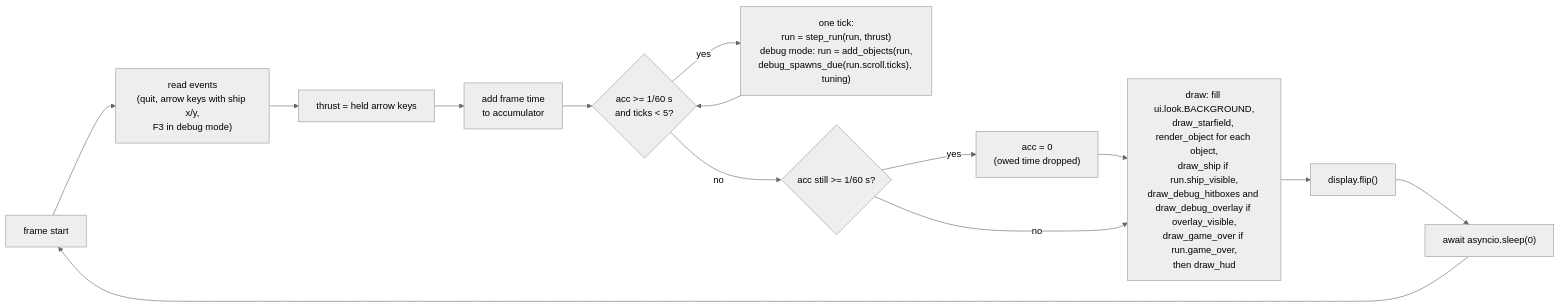
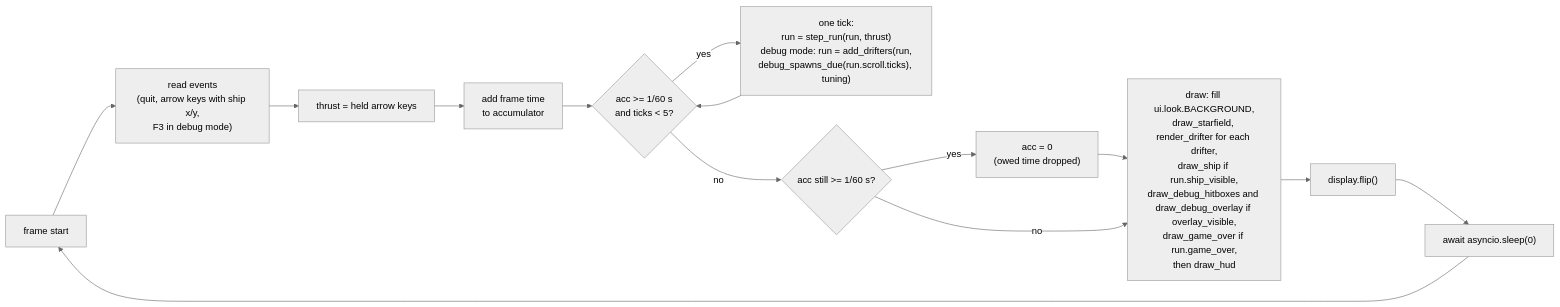
Before and after one commit to david-mntl/driftward-ace: the third of 3 diagrams in docs/contracts/systems/app.md, drawn with Mermaid (neutral theme). The commit also changed other lines of this file and 68 other files, not shown here.

First line of the commit message:
refactor: rename objects to drifters across code, contracts and GDD

````diff
--- a/docs/contracts/systems/app.md
+++ b/docs/contracts/systems/app.md
@@ -86,14 +86,14 @@
 ```mermaid
 flowchart LR
   F["frame start"] --> EV["read events<br/>(quit, arrow keys with ship x/y,<br/>F3 in debug mode)"]
   EV --> HK["thrust = held arrow keys"]
   HK --> AC["add frame time<br/>to accumulator"]
   AC --> T{"acc >= 1/60 s<br/>and ticks < 5?"}
-  T -- yes --> TK["one tick:<br/>run = step_run(run, thrust)<br/>debug mode: run = add_objects(run,<br/>debug_spawns_due(run.scroll.ticks), tuning)"] --> T
+  T -- yes --> TK["one tick:<br/>run = step_run(run, thrust)<br/>debug mode: run = add_drifters(run,<br/>debug_spawns_due(run.scroll.ticks), tuning)"] --> T
   T -- no --> CAP{"acc still >= 1/60 s?"}
   CAP -- yes --> DROP["acc = 0<br/>(owed time dropped)"] --> D
-  CAP -- no --> D["draw: fill ui.look.BACKGROUND,<br/>draw_starfield, render_object for each object,<br/>draw_ship if run.ship_visible,<br/>draw_debug_hitboxes and draw_debug_overlay if overlay_visible,<br/>draw_game_over if run.game_over,<br/>then draw_hud"]
+  CAP -- no --> D["draw: fill ui.look.BACKGROUND,<br/>draw_starfield, render_drifter for each drifter,<br/>draw_ship if run.ship_visible,<br/>draw_debug_hitboxes and draw_debug_overlay if overlay_visible,<br/>draw_game_over if run.game_over,<br/>then draw_hud"]
   D --> FL["display.flip()"]
   FL --> Y["await asyncio.sleep(0)"]
   Y --> F
 ```
````
